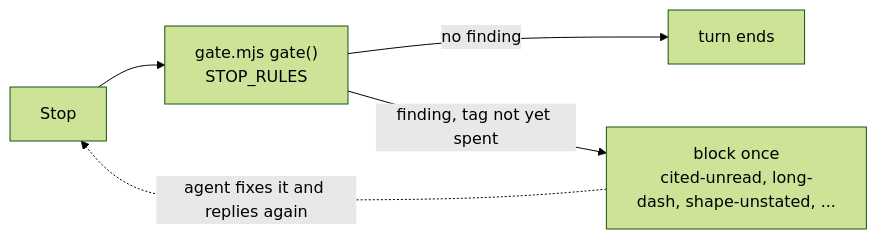
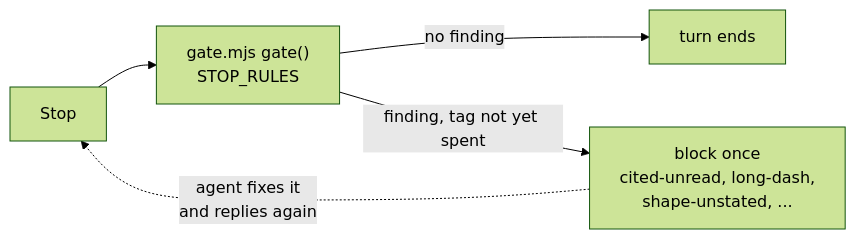
Before and after one commit to EvanBatten/pstack-for-cc: the third of 3 diagrams in README.md, drawn with Mermaid (forest theme). The commit also changed other lines of this file and 16 other files, not shown here.

````diff
--- a/README.md
+++ b/README.md
@@ -79,7 +222,7 @@
 ```mermaid
 flowchart LR
   S["Stop"] --> G["gate.mjs gate()<br/>STOP_RULES"]
   G -- "no finding" --> E["turn ends"]
-  G -- "finding, tag not yet spent" --> B["block once<br/>cited-unread, long-dash, shape-unstated, ..."]
-  B -. "agent fixes it and replies again" .-> S
+  G -- "finding, tag not yet spent" --> B["block once<br/>cited-unread, long-dash,<br/>shape-unstated, ..."]
+  B -. "agent fixes it<br/>and replies again" .-> S
 ```
````
